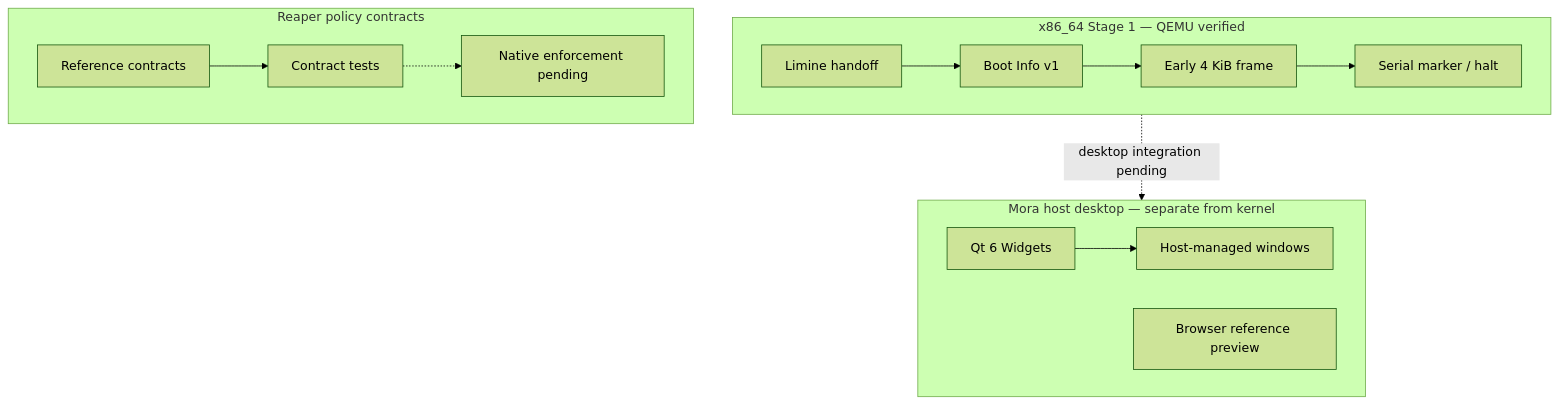
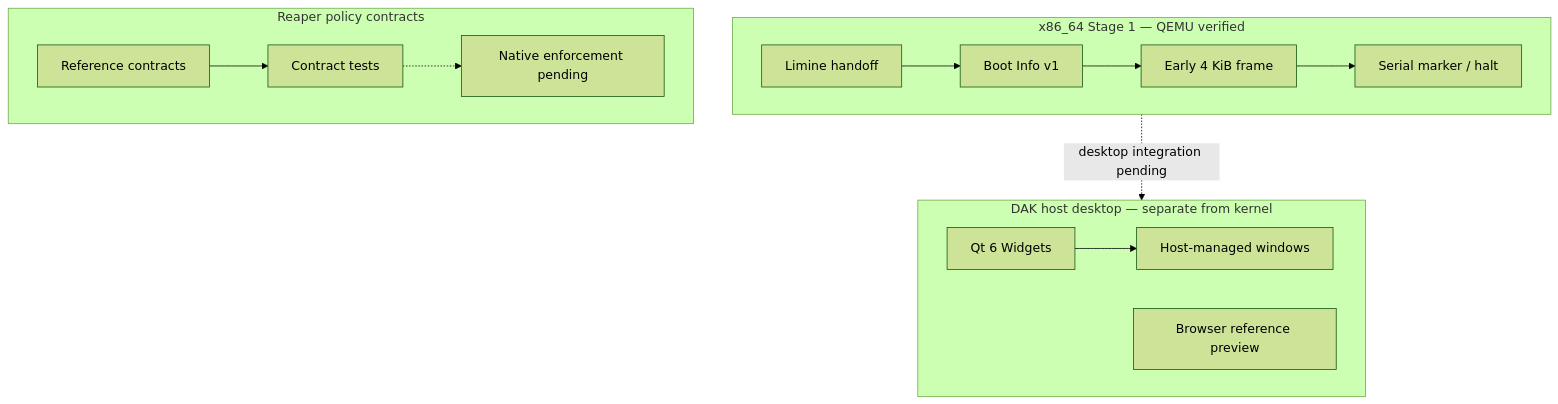
The diagram in README.md (Ivan-VHS/DAK), drawn with Mermaid (forest theme) before and after one commit. The commit also changed other lines of this file and 14 other files, not shown here.

Commit message:
feat(desktop): add DAK native shell policy and HTML demo

```diff
--- a/README.md
+++ b/README.md
@@ -30,17 +37,17 @@
 ~~~mermaid
 flowchart TB
   subgraph BOOT["x86_64 Stage 1 — QEMU verified"]
     L["Limine handoff"] --> B["Boot Info v1"]
     B --> F["Early 4 KiB frame"]
     F --> M["Serial marker / halt"]
   end
   subgraph POLICY["Reaper policy contracts"]
     R["Reference contracts"] --> T["Contract tests"]
     T -.-> N["Native enforcement pending"]
   end
-  subgraph HOST["Mora host desktop — separate from kernel"]
+  subgraph HOST["DAK host desktop — separate from kernel"]
     Q["Qt 6 Widgets"] --> W["Host-managed windows"]
     H["Browser reference preview"]
   end
   BOOT -.->|"desktop integration pending"| HOST
 ~~~
```
